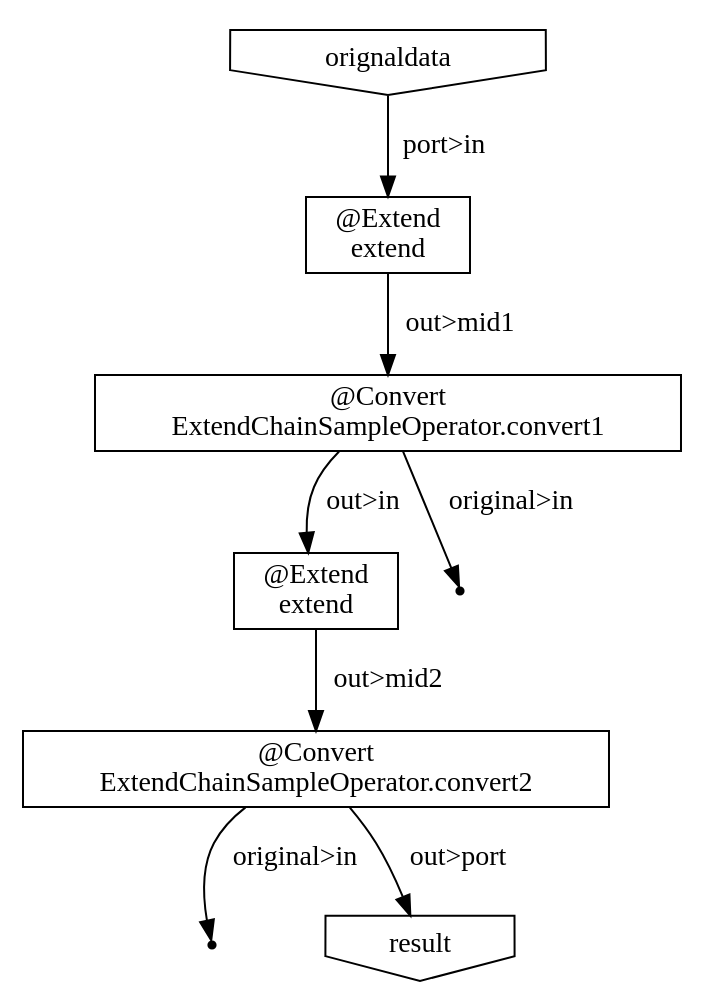
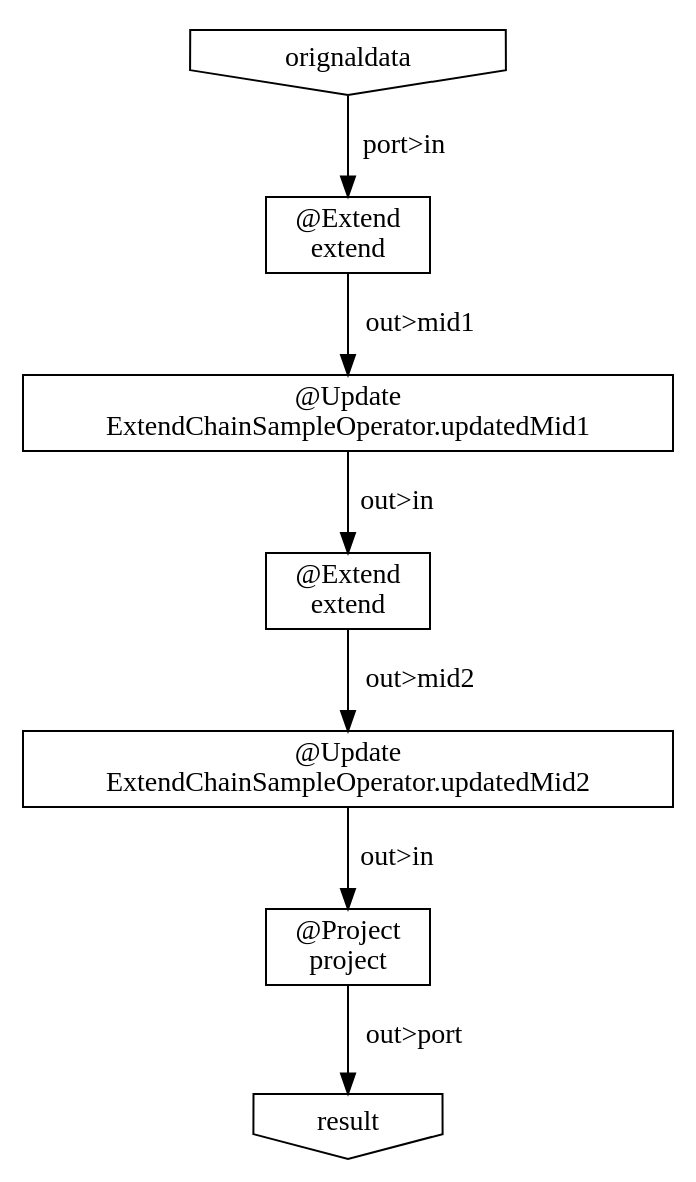
The diagram in target/batchc/ecsBatch/opt/dsl-analysis/jobflow/TheExtendChainSampleJobFlow/flowgraph.dot (ironpeace/AsakusaExtendChainSample), drawn with Graphviz before and after one commit. The commit also changed 34 other files, not shown here.

```diff
--- a/target/batchc/ecsBatch/opt/dsl-analysis/jobflow/TheExtendChainSampleJobFlow/flowgraph.dot
+++ b/target/batchc/ecsBatch/opt/dsl-analysis/jobflow/TheExtendChainSampleJobFlow/flowgraph.dot
@@ -1,17 +1,15 @@
 digraph {
-    "6a3eca13-e18c-4b08-891a-74f061953df8" [shape=point];
-    "4ed235b2-0208-4949-80a6-90bed641f5cc" [shape=box, label="@Extend\nextend"];
-    "b00169a8-f788-421c-8138-d227ec6cbe17" [shape=invhouse, label="orignaldata"];
-    "8a81077e-401b-4393-8fbd-ac0982078f82" [shape=box, label="@Convert\nExtendChainSampleOperator.convert2"];
-    "69e08a63-be95-4072-b8ca-f5f3c3c4faa6" [shape=box, label="@Extend\nextend"];
-    "bba452fa-e14c-468b-bf62-adff70525260" [shape=invhouse, label="result"];
-    "7f2bebde-5aca-4d6a-b69d-e6c0faa577a8" [shape=point];
-    "f12a6db0-b179-4fd3-a7a5-06a27788cdd3" [shape=box, label="@Convert\nExtendChainSampleOperator.convert1"];
-    "4ed235b2-0208-4949-80a6-90bed641f5cc" -> "8a81077e-401b-4393-8fbd-ac0982078f82" [label="out>mid2"];
-    "b00169a8-f788-421c-8138-d227ec6cbe17" -> "69e08a63-be95-4072-b8ca-f5f3c3c4faa6" [label="port>in"];
-    "8a81077e-401b-4393-8fbd-ac0982078f82" -> "6a3eca13-e18c-4b08-891a-74f061953df8" [label="original>in"];
-    "8a81077e-401b-4393-8fbd-ac0982078f82" -> "bba452fa-e14c-468b-bf62-adff70525260" [label="out>port"];
-    "69e08a63-be95-4072-b8ca-f5f3c3c4faa6" -> "f12a6db0-b179-4fd3-a7a5-06a27788cdd3" [label="out>mid1"];
-    "f12a6db0-b179-4fd3-a7a5-06a27788cdd3" -> "7f2bebde-5aca-4d6a-b69d-e6c0faa577a8" [label="original>in"];
-    "f12a6db0-b179-4fd3-a7a5-06a27788cdd3" -> "4ed235b2-0208-4949-80a6-90bed641f5cc" [label="out>in"];
+    "d36d46b3-f93d-4b59-b5a3-3557c06a2b96" [shape=box, label="@Project\nproject"];
+    "b7a6f0f0-43da-4750-8869-14fcfbda12c3" [shape=invhouse, label="orignaldata"];
+    "2019ed5e-7628-4a77-98cf-1201780a86fd" [shape=box, label="@Update\nExtendChainSampleOperator.updatedMid2"];
+    "a4c04836-55d8-4400-8e90-575ecd083f57" [shape=box, label="@Extend\nextend"];
+    "f7822737-81c2-4412-adab-ebb3bbdc7f61" [shape=box, label="@Extend\nextend"];
+    "0f4e03c5-d844-49bb-8d75-f6ad2181d34f" [shape=invhouse, label="result"];
+    "7a532a4e-1f37-402d-9ba8-d4fcb3e876fd" [shape=box, label="@Update\nExtendChainSampleOperator.updatedMid1"];
+    "d36d46b3-f93d-4b59-b5a3-3557c06a2b96" -> "0f4e03c5-d844-49bb-8d75-f6ad2181d34f" [label="out>port"];
+    "b7a6f0f0-43da-4750-8869-14fcfbda12c3" -> "a4c04836-55d8-4400-8e90-575ecd083f57" [label="port>in"];
+    "2019ed5e-7628-4a77-98cf-1201780a86fd" -> "d36d46b3-f93d-4b59-b5a3-3557c06a2b96" [label="out>in"];
+    "a4c04836-55d8-4400-8e90-575ecd083f57" -> "7a532a4e-1f37-402d-9ba8-d4fcb3e876fd" [label="out>mid1"];
+    "f7822737-81c2-4412-adab-ebb3bbdc7f61" -> "2019ed5e-7628-4a77-98cf-1201780a86fd" [label="out>mid2"];
+    "7a532a4e-1f37-402d-9ba8-d4fcb3e876fd" -> "f7822737-81c2-4412-adab-ebb3bbdc7f61" [label="out>in"];
 }
```
